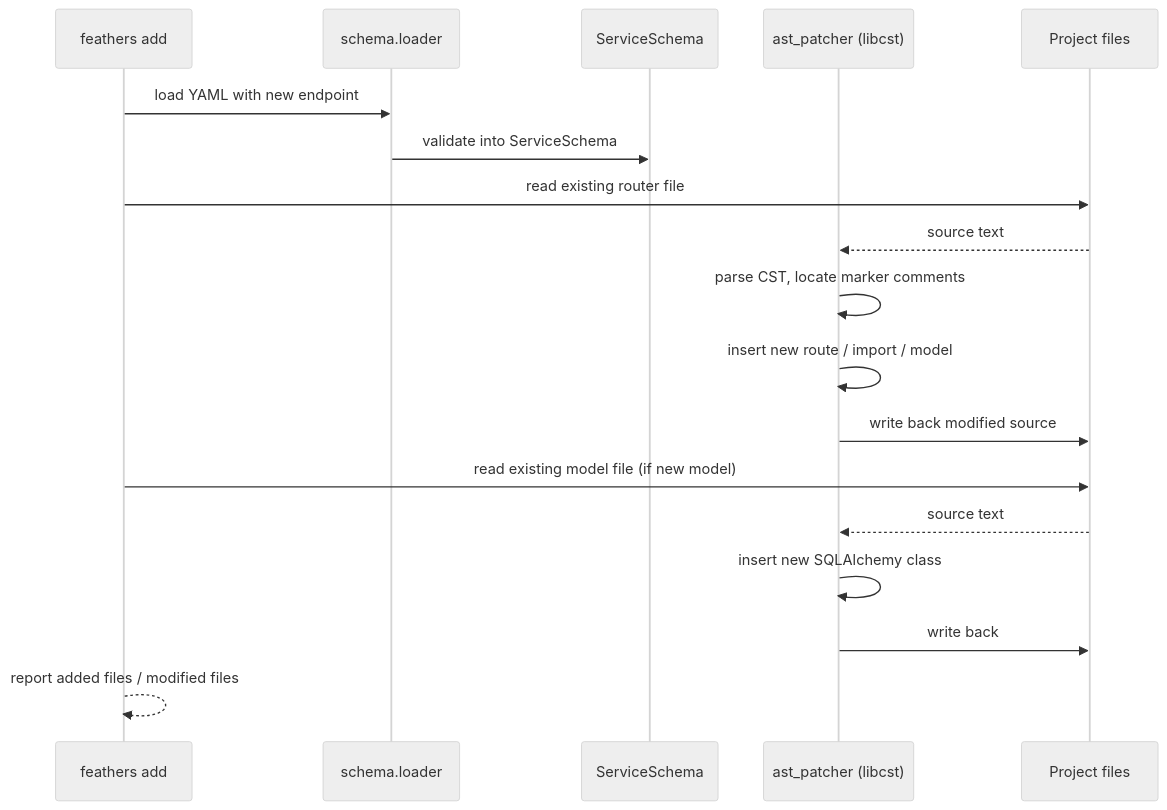
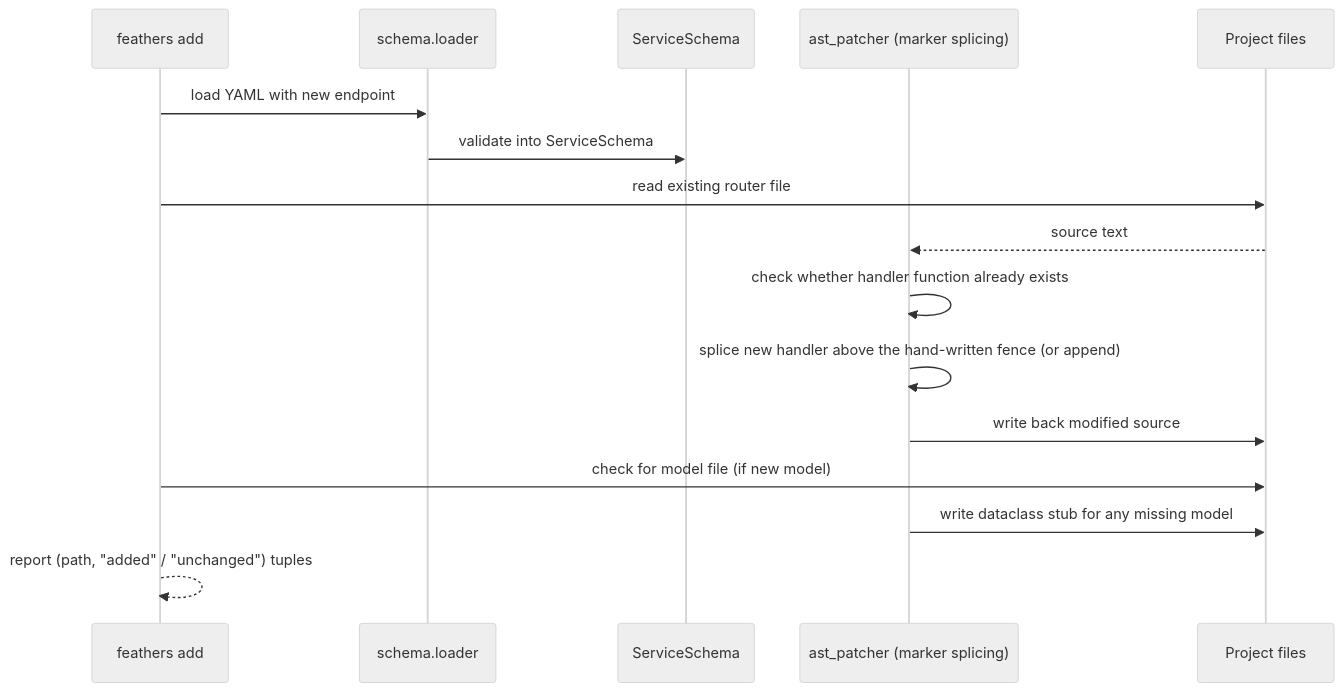
Before and after one commit to Abdul-Muizz1310/feathers: the third of 3 diagrams in docs/ARCHITECTURE.md, drawn with Mermaid (neutral theme). The commit also changed other lines of this file and 4 other files, not shown here.

First line of the commit message:
docs: describe codegen as marker splicing, not libcst AST rewriting

````diff
--- a/docs/ARCHITECTURE.md
+++ b/docs/ARCHITECTURE.md
@@ -73,21 +73,19 @@
 ```mermaid
 sequenceDiagram
     participant CLI as feathers add
     participant Loader as schema.loader
     participant Schema as ServiceSchema
-    participant Patcher as ast_patcher (libcst)
+    participant Patcher as ast_patcher (marker splicing)
     participant Disk as Project files
 
     CLI->>Loader: load YAML with new endpoint
     Loader->>Schema: validate into ServiceSchema
     CLI->>Disk: read existing router file
     Disk-->>Patcher: source text
-    Patcher->>Patcher: parse CST, locate marker comments
-    Patcher->>Patcher: insert new route / import / model
+    Patcher->>Patcher: check whether handler function already exists
+    Patcher->>Patcher: splice new handler above the hand-written fence (or append)
     Patcher->>Disk: write back modified source
-    CLI->>Disk: read existing model file (if new model)
-    Disk-->>Patcher: source text
-    Patcher->>Patcher: insert new SQLAlchemy class
-    Patcher->>Disk: write back
-    CLI-->>CLI: report added files / modified files
+    CLI->>Disk: check for model file (if new model)
+    Patcher->>Disk: write dataclass stub for any missing model
+    CLI-->>CLI: report (path, "added" / "unchanged") tuples
 ```
````
